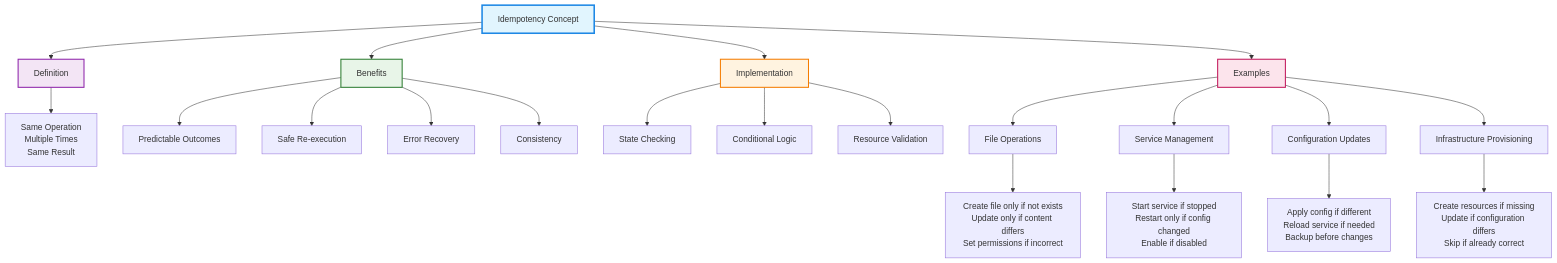
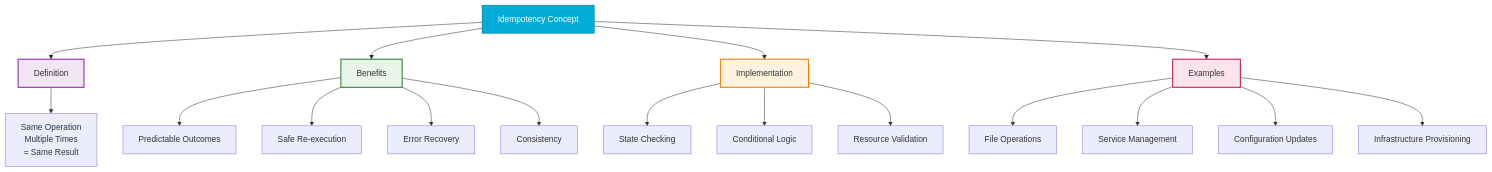
One commit to Ganil151/Devops changed the first of 2 diagrams in 1-Beginner/02-Phase-2/02-Automation/03-Idempotency/idempotency_concept.md. Above: the diagram before and after it, drawn with Mermaid. The commit also changed other lines of this file and 3360 other files, not shown here.

````diff
--- a/1-Beginner/02-Phase-2/02-Automation/03-Idempotency/idempotency_concept.md
+++ b/1-Beginner/02-Phase-2/02-Automation/03-Idempotency/idempotency_concept.md
@@ -3,37 +5,29 @@
 ```mermaid
 graph TD
     A[Idempotency Concept] --> B[Definition]
     A --> C[Benefits]
     A --> D[Implementation]
     A --> E[Examples]
     
-    B --> F[Same Operation<br/>Multiple Times<br/>Same Result]
+    B --> F["Same Operation<br/>Multiple Times<br/>= Same Result"]
     
     C --> G[Predictable Outcomes]
     C --> H[Safe Re-execution]
     C --> I[Error Recovery]
     C --> J[Consistency]
     
     D --> K[State Checking]
     D --> L[Conditional Logic]
     D --> M[Resource Validation]
     
     E --> N[File Operations]
     E --> O[Service Management]
     E --> P[Configuration Updates]
     E --> Q[Infrastructure Provisioning]
     
-    N --> R[Create file only if not exists<br/>Update only if content differs<br/>Set permissions if incorrect]
-    
-    O --> S[Start service if stopped<br/>Restart only if config changed<br/>Enable if disabled]
-    
-    P --> T[Apply config if different<br/>Reload service if needed<br/>Backup before changes]
-    
-    Q --> U[Create resources if missing<br/>Update if configuration differs<br/>Skip if already correct]
-    
-    style A fill:#e1f5fe,stroke:#1e88e5,stroke-width:3px
+    style A fill:#00ADD8,stroke:#00758D,color:#fff
     style B fill:#f3e5f5,stroke:#8e24aa,stroke-width:2px
     style C fill:#e8f5e8,stroke:#2e7d32,stroke-width:2px
     style D fill:#fff3e0,stroke:#f57c00,stroke-width:2px
     style E fill:#fce4ec,stroke:#c2185b,stroke-width:2px
 ```
````
